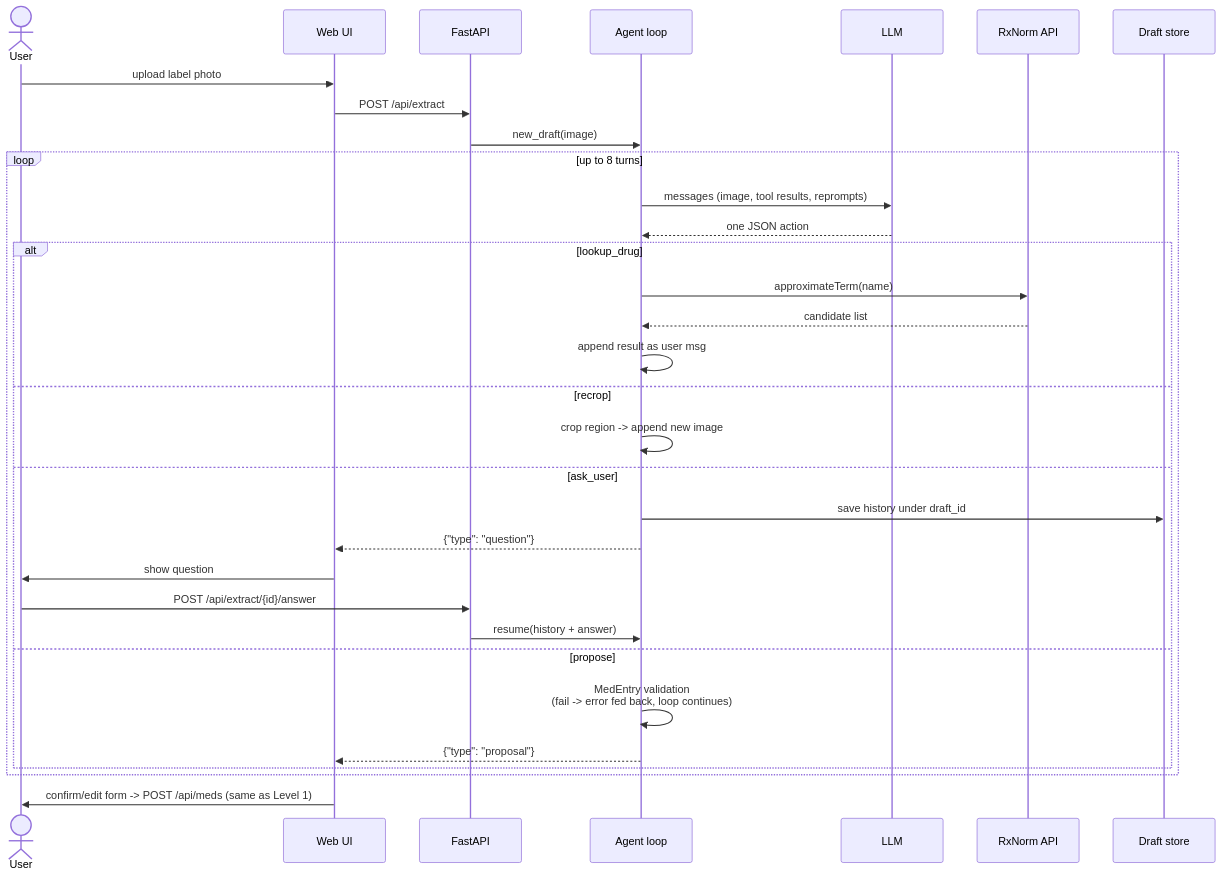
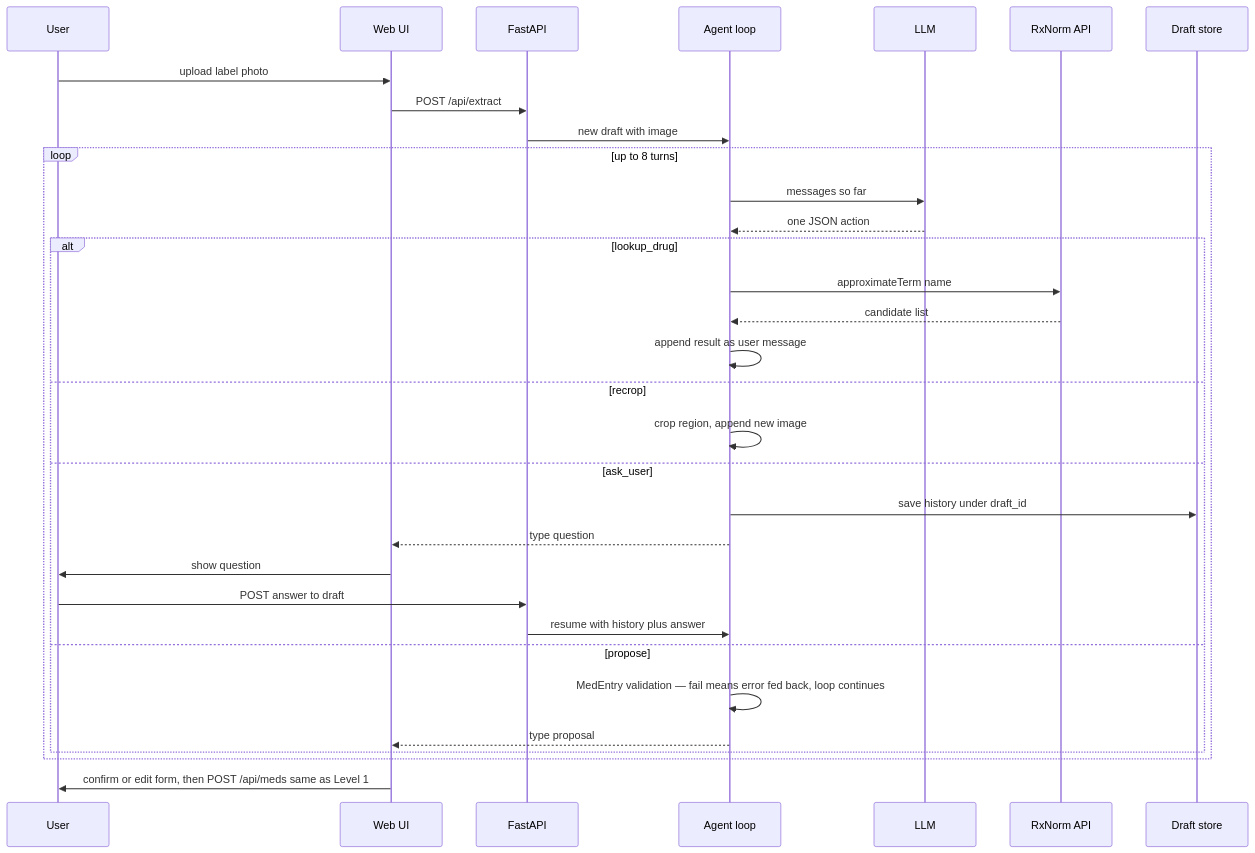
One commit to mannutech/my-pill-manager changed the diagram in docs/LEVEL-2.md. Above: the diagram before and after it, drawn with Mermaid. The commit also changed 1 other file, not shown here.

Commit message:
fix: mermaid syntax — drop actor keyword and special chars in labels

````diff
--- a/docs/LEVEL-2.md
+++ b/docs/LEVEL-2.md
@@ -21,35 +21,35 @@
 ```mermaid
 sequenceDiagram
-    actor U as User
+    participant U as User
     participant UI as Web UI
     participant API as FastAPI
     participant AG as Agent loop
     participant LLM as LLM
     participant RX as RxNorm API
     participant D as Draft store
 
     U->>UI: upload label photo
     UI->>API: POST /api/extract
-    API->>AG: new_draft(image)
+    API->>AG: new draft with image
     loop up to 8 turns
-        AG->>LLM: messages (image, tool results, reprompts)
+        AG->>LLM: messages so far
         LLM-->>AG: one JSON action
         alt lookup_drug
-            AG->>RX: approximateTerm(name)
+            AG->>RX: approximateTerm name
             RX-->>AG: candidate list
-            AG->>AG: append result as user msg
+            AG->>AG: append result as user message
         else recrop
-            AG->>AG: crop region -> append new image
+            AG->>AG: crop region, append new image
         else ask_user
             AG->>D: save history under draft_id
-            AG-->>UI: {"type": "question"}
+            AG-->>UI: type question
             UI->>U: show question
-            U->>API: POST /api/extract/{id}/answer
-            API->>AG: resume(history + answer)
+            U->>API: POST answer to draft
+            API->>AG: resume with history plus answer
         else propose
-            AG->>AG: MedEntry validation<br/>(fail -> error fed back, loop continues)
-            AG-->>UI: {"type": "proposal"}
+            AG->>AG: MedEntry validation — fail means error fed back, loop continues
+            AG-->>UI: type proposal
         end
     end
-    UI->>U: confirm/edit form -> POST /api/meds (same as Level 1)
+    UI->>U: confirm or edit form, then POST /api/meds same as Level 1
 ```
````
